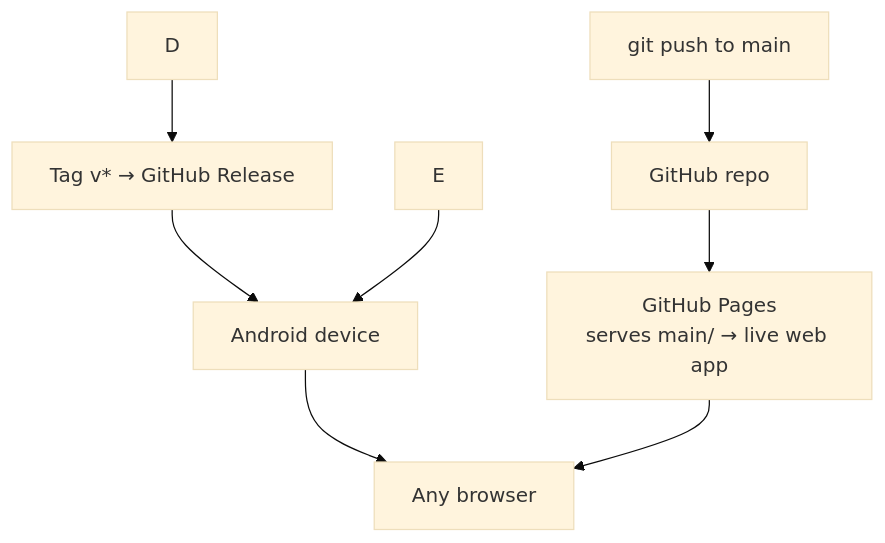
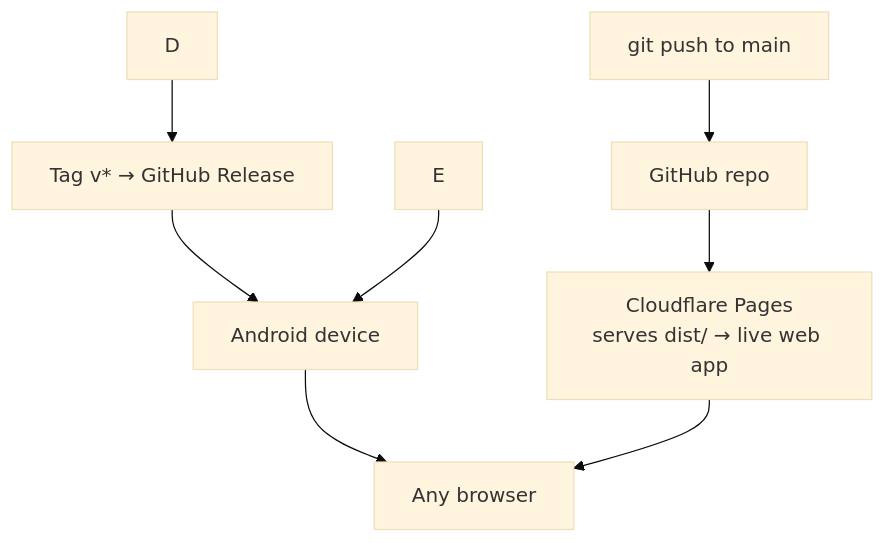
One commit to minatolun-dotcom/khristian-labu changed the first of 4 diagrams in ARCHITECTURE.md. Above: the diagram before and after it, drawn with Mermaid (base theme). The commit also changed other lines of this file and 6 other files, not shown here.

First line of the commit message:
ci: deploy the website from GitHub Actions to Pages

````diff
--- a/ARCHITECTURE.md
+++ b/ARCHITECTURE.md
@@ -5,10 +5,10 @@
 ```mermaid
 flowchart TD
     A[git push to main] --> B[GitHub repo]
-    B --> C[GitHub Pages<br/>serves main/ → live web app]
+    B --> C[Cloudflare Pages<br/>serves dist/ → live web app]
     G[local Gradle build] --> H[Bundle www/ into Android APK<br/>via Capacitor]
     H --> I[Upload APK to GitHub Release]
     D --> G[Tag v* → GitHub Release]
     E --> H[Android device]
     C --> I[Any browser]
 ```
````
